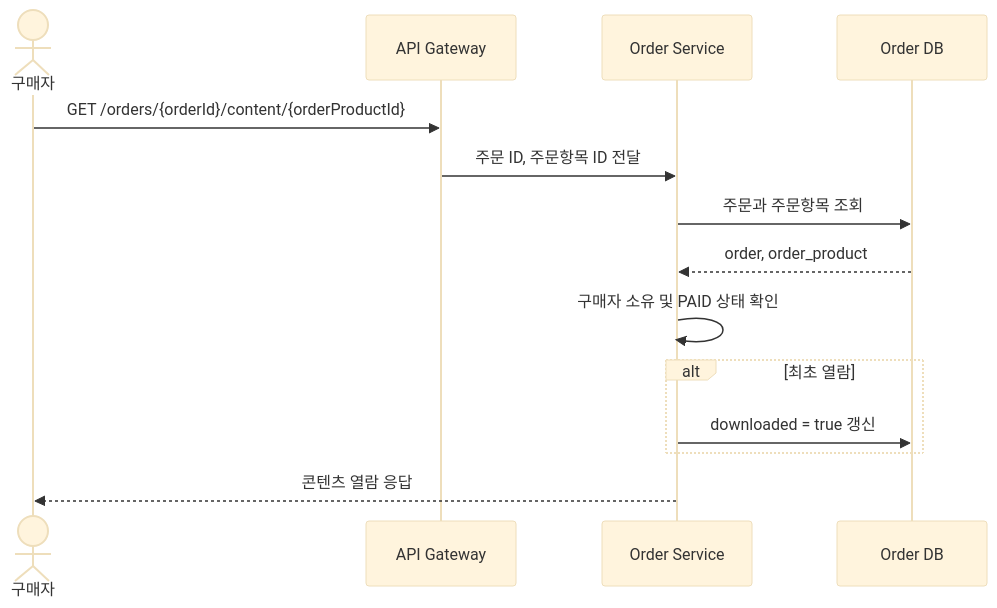
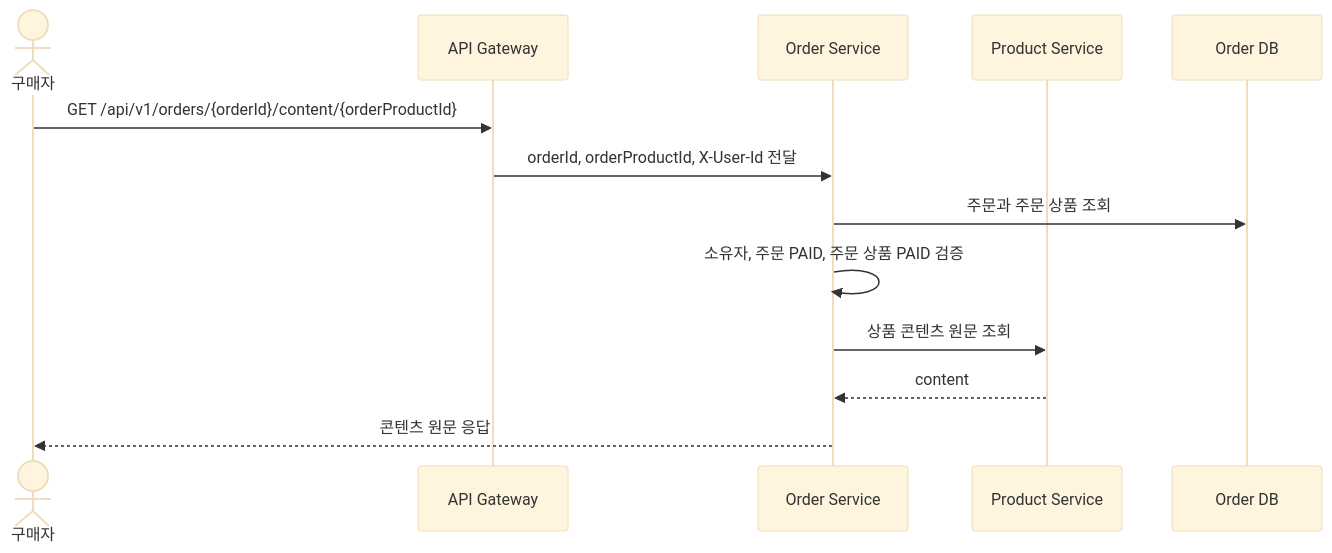
Before and after one commit to prgrms-be-adv-devcourse/beadv6_6_3JMT_BE: the seventh of 15 diagrams in docs/architecture/order-usecase-detail.md, drawn with Mermaid (base theme). The commit also changed other lines of this file and 3 other files, not shown here.

Commit message:
docs: order-service 문서 현행화

````diff
--- a/docs/architecture/order-usecase-detail.md
+++ b/docs/architecture/order-usecase-detail.md
@@ -282,17 +225,16 @@
 ```mermaid
 sequenceDiagram
     actor Buyer as 구매자
     participant Gateway as API Gateway
     participant Order as Order Service
+    participant Product as Product Service
     participant DB as Order DB
 
-    Buyer->>Gateway: GET /orders/{orderId}/content/{orderProductId}
-    Gateway->>Order: 주문 ID, 주문항목 ID 전달
-    Order->>DB: 주문과 주문항목 조회
-    DB-->>Order: order, order_product
-    Order->>Order: 구매자 소유 및 PAID 상태 확인
-    alt 최초 열람
-        Order->>DB: downloaded = true 갱신
-    end
-    Order-->>Buyer: 콘텐츠 열람 응답
+    Buyer->>Gateway: GET /api/v1/orders/{orderId}/content/{orderProductId}
+    Gateway->>Order: orderId, orderProductId, X-User-Id 전달
+    Order->>DB: 주문과 주문 상품 조회
+    Order->>Order: 소유자, 주문 PAID, 주문 상품 PAID 검증
+    Order->>Product: 상품 콘텐츠 원문 조회
+    Product-->>Order: content
+    Order-->>Buyer: 콘텐츠 원문 응답
 ```
````
